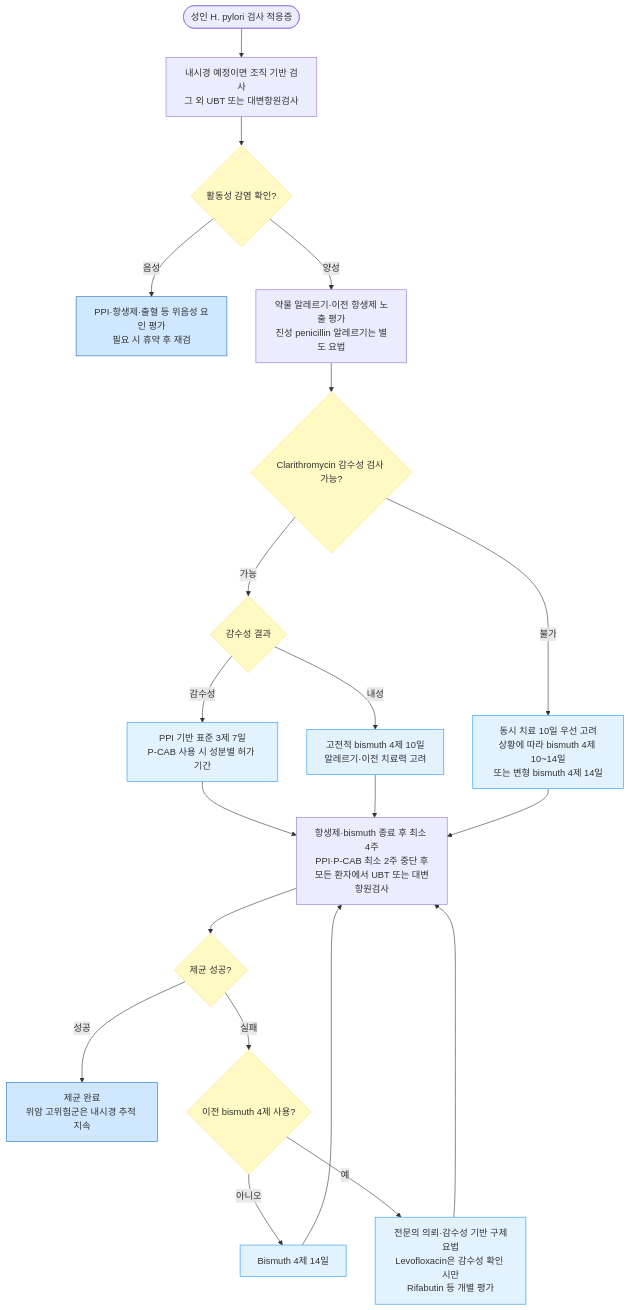
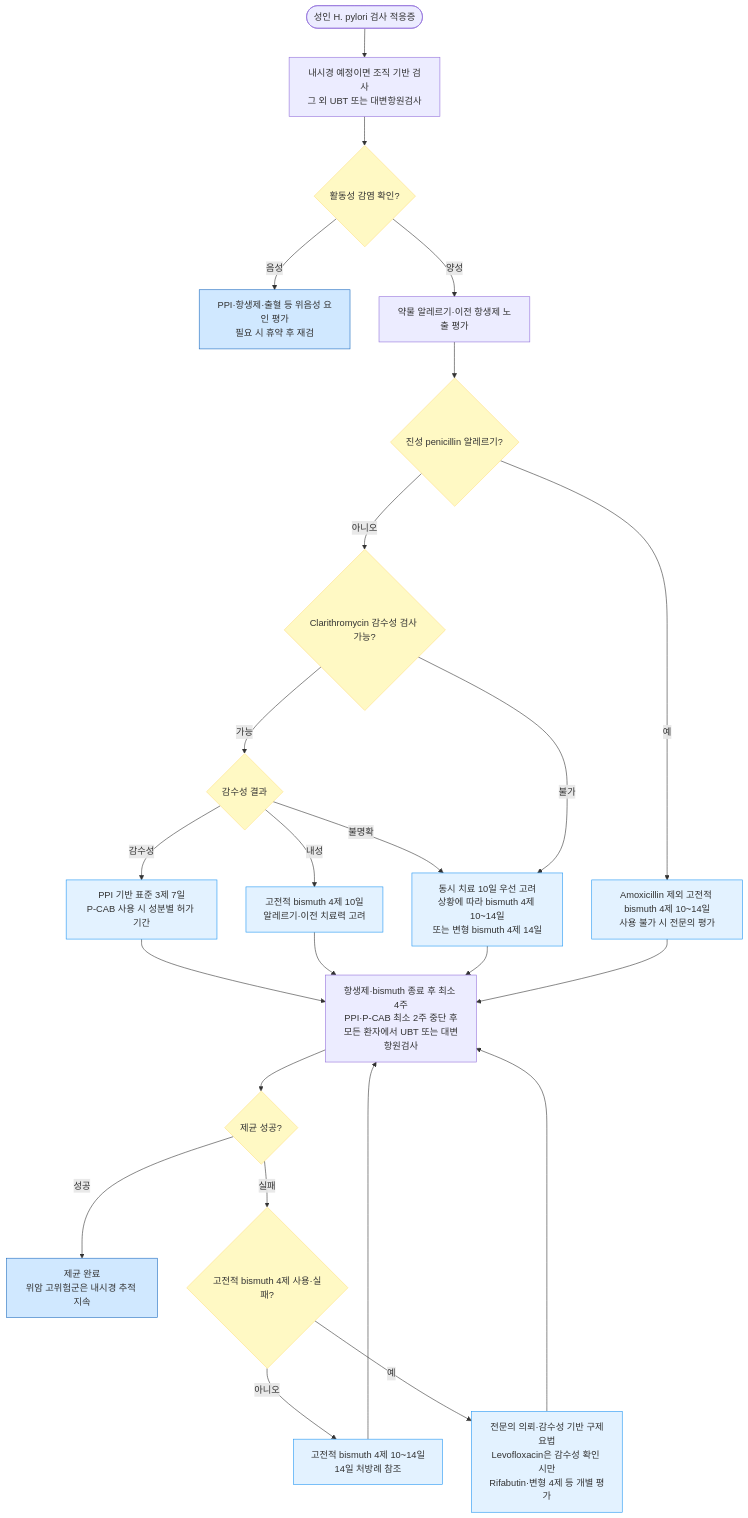
One commit to familyoh77/familyoh77 changed the diagram in 224_/080_-h_pylori-infection.md. Above: the diagram before and after it, drawn with Mermaid. The commit also changed other lines of this file and 8 other files, not shown here.

````diff
--- a/224_/080_-h_pylori-infection.md
+++ b/224_/080_-h_pylori-infection.md
@@ -95,28 +118,32 @@
 ```mermaid
 flowchart TD
     A(["성인 H. pylori 검사 적응증"]) --> B["내시경 예정이면 조직 기반 검사<br/>그 외 UBT 또는 대변항원검사"]
     B --> C{"활동성 감염 확인?"}
     C -- "음성" --> D["PPI·항생제·출혈 등 위음성 요인 평가<br/>필요 시 휴약 후 재검"]
-    C -- "양성" --> V["약물 알레르기·이전 항생제 노출 평가<br/>진성 penicillin 알레르기는 별도 요법"]
-    V --> E{"Clarithromycin 감수성 검사 가능?"}
+    C -- "양성" --> V["약물 알레르기·이전 항생제 노출 평가"]
+    V --> P{"진성 penicillin 알레르기?"}
+    P -- "예" --> Q["Amoxicillin 제외 고전적 bismuth 4제 10~14일<br/>사용 불가 시 전문의 평가"]
+    P -- "아니오" --> E{"Clarithromycin 감수성 검사 가능?"}
     E -- "가능" --> F{"감수성 결과"}
     F -- "감수성" --> G["PPI 기반 표준 3제 7일<br/>P-CAB 사용 시 성분별 허가 기간"]
+    F -- "불명확" --> I
     F -- "내성" --> H["고전적 bismuth 4제 10일<br/>알레르기·이전 치료력 고려"]
     E -- "불가" --> I["동시 치료 10일 우선 고려<br/>상황에 따라 bismuth 4제 10~14일<br/>또는 변형 bismuth 4제 14일"]
     G --> J["항생제·bismuth 종료 후 최소 4주<br/>PPI·P-CAB 최소 2주 중단 후<br/>모든 환자에서 UBT 또는 대변항원검사"]
     H --> J
     I --> J
+    Q --> J
     J --> K{"제균 성공?"}
     K -- "성공" --> L["제균 완료<br/>위암 고위험군은 내시경 추적 지속"]
-    K -- "실패" --> M{"이전 bismuth 4제 사용?"}
-    M -- "아니오" --> N["Bismuth 4제 14일"]
-    M -- "예" --> O["전문의 의뢰·감수성 기반 구제요법<br/>Levofloxacin은 감수성 확인 시만<br/>Rifabutin 등 개별 평가"]
+    K -- "실패" --> M{"고전적 bismuth 4제 사용·실패?"}
+    M -- "아니오" --> N["고전적 bismuth 4제 10~14일<br/>14일 처방례 참조"]
+    M -- "예" --> O["전문의 의뢰·감수성 기반 구제요법<br/>Levofloxacin은 감수성 확인 시만<br/>Rifabutin·변형 4제 등 개별 평가"]
     N --> J
     O --> J
     classDef yellow fill:#fff9c4,stroke:#ffe082
-    class C,E,F,K,M yellow
+    class C,E,F,K,M,P yellow
     classDef sky fill:#e3f2ff,stroke:#2196f3
-    class G,H,I,N,O sky
+    class G,H,I,N,O,Q sky
     classDef blue fill:#d0e8ff,stroke:#1a6abf
     class D,L blue
 ```
````
